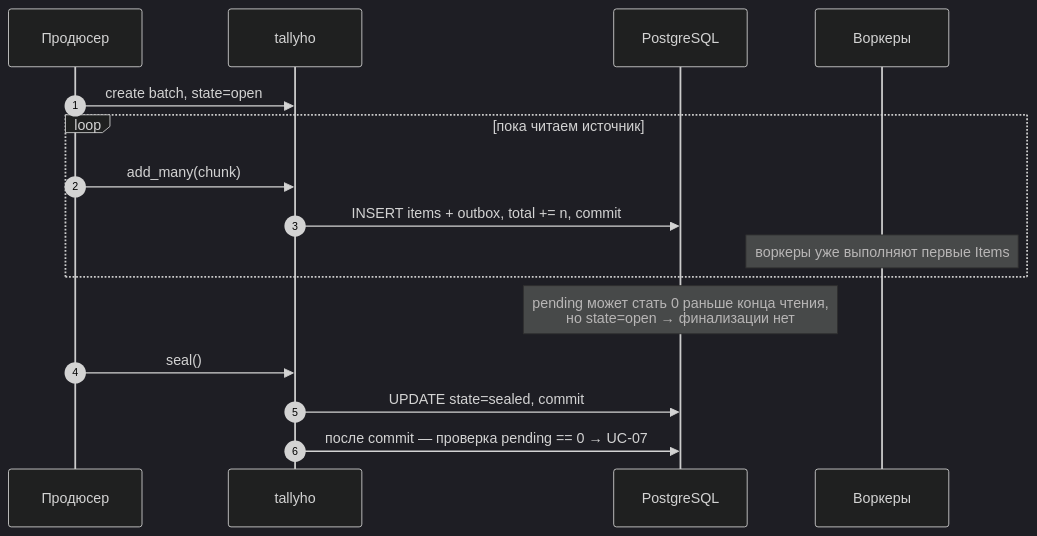
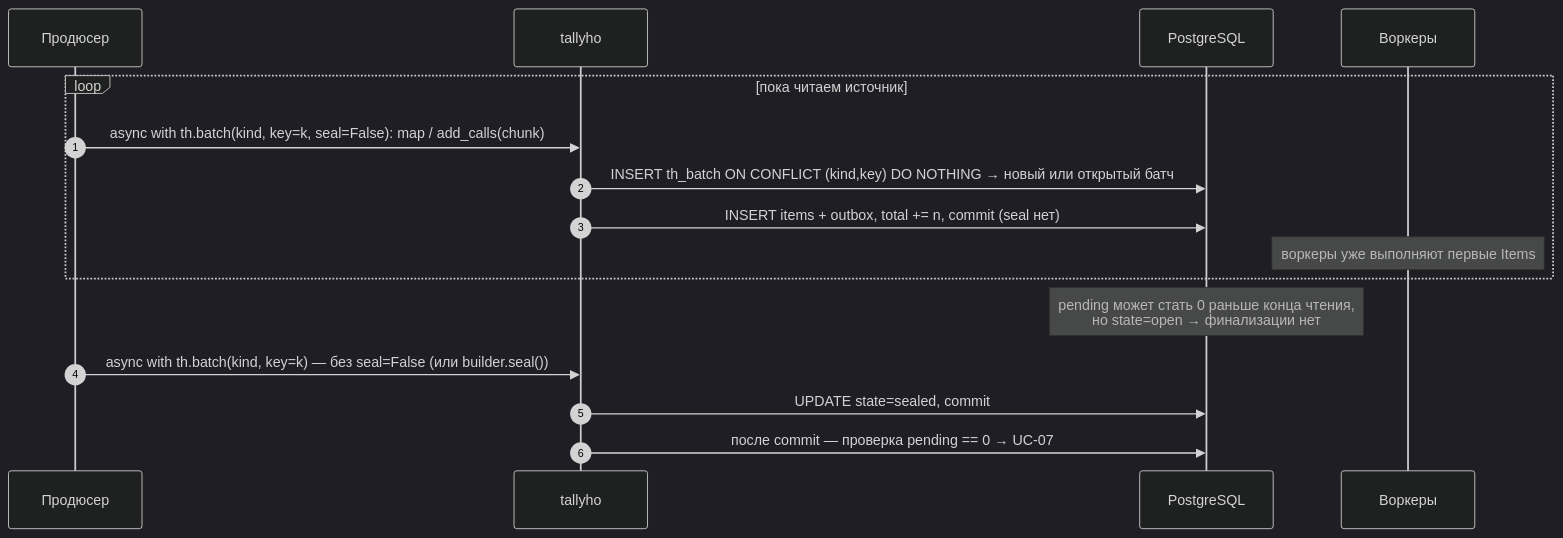
One commit to 0cherednoq/Tallyho changed diagram 14 of 40 in docs/ARCHITECTURE.md. Above: the diagram before and after it, drawn with Mermaid (dark theme). The commit also changed other lines of this file, not shown here.

First line of the commit message:
Fix-13: ARCHITECTURE — публичный API задачи и потоковое добавление

````diff
--- a/docs/ARCHITECTURE.md
+++ b/docs/ARCHITECTURE.md
@@ -927,19 +927,19 @@
 ```mermaid
 sequenceDiagram
     autonumber
     participant U as Продюсер
     participant TH as tallyho
     participant DB as PostgreSQL
     participant W as Воркеры
 
-    U->>TH: create batch, state=open
     loop пока читаем источник
-        U->>TH: add_many(chunk)
-        TH->>DB: INSERT items + outbox, total += n, commit
+        U->>TH: async with th.batch(kind, key=k, seal=False): map / add_calls(chunk)
+        TH->>DB: INSERT th_batch ON CONFLICT (kind,key) DO NOTHING → новый или открытый батч
+        TH->>DB: INSERT items + outbox, total += n, commit (seal нет)
         Note over W: воркеры уже выполняют первые Items
     end
     Note over DB: pending может стать 0 раньше конца чтения,<br/>но state=open → финализации нет
-    U->>TH: seal()
+    U->>TH: async with th.batch(kind, key=k) — без seal=False (или builder.seal())
     TH->>DB: UPDATE state=sealed, commit
     TH->>DB: после commit — проверка pending == 0 → UC-07
 ```
````
